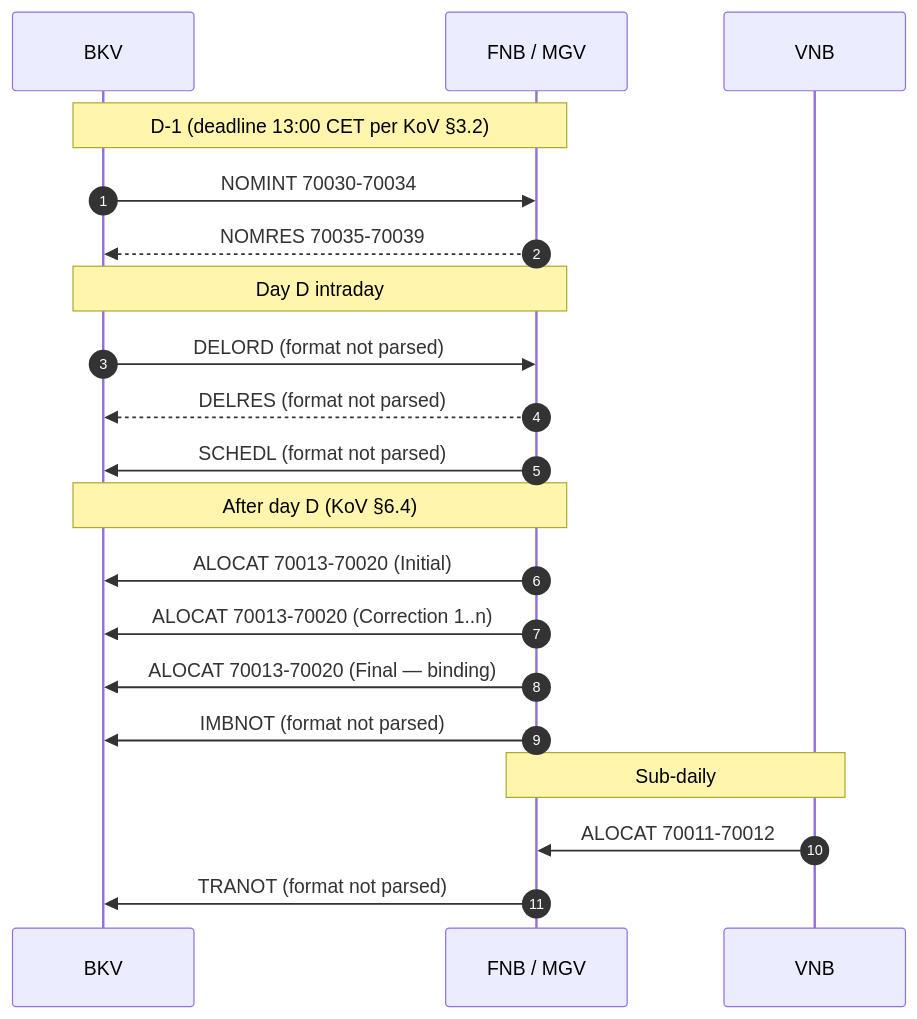
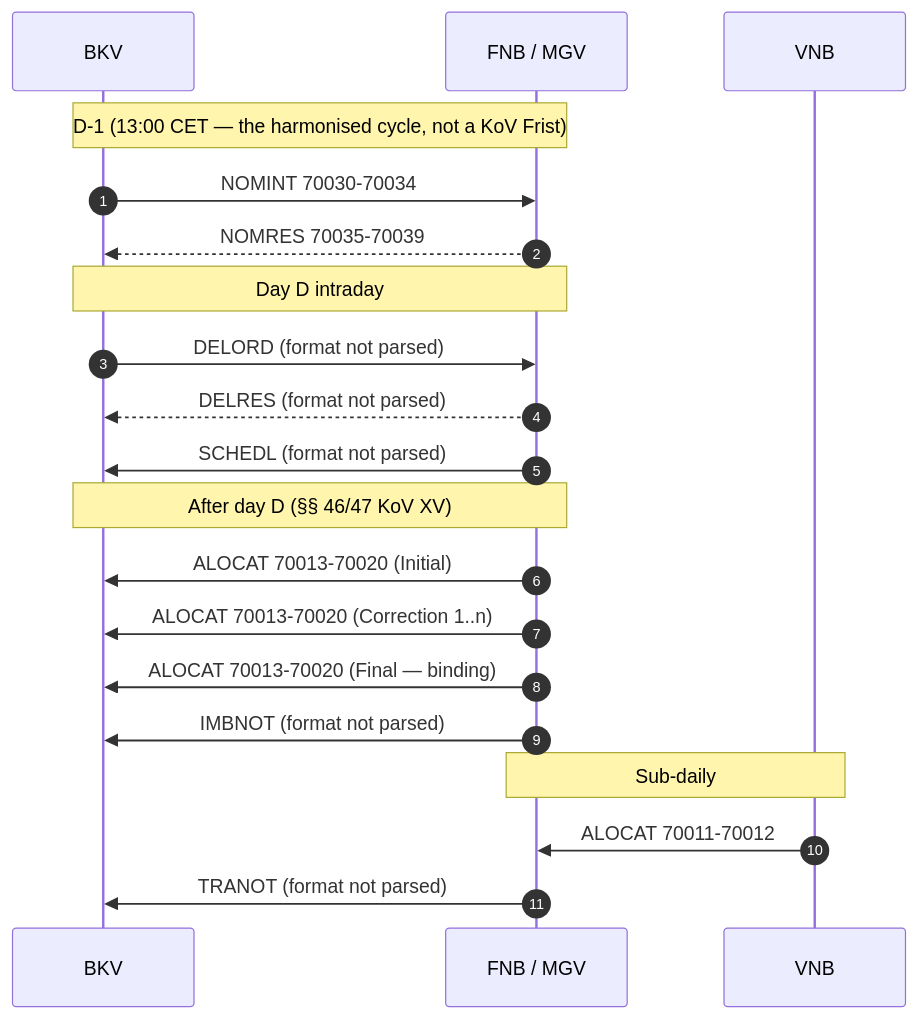
The eighth of 9 diagrams in site/content/docs/reference/processes.md (hupe1980/mako), drawn with Mermaid before and after one commit. The commit also changed other lines of this file and 135 other files, not shown here.

````diff
--- a/site/content/docs/reference/processes.md
+++ b/site/content/docs/reference/processes.md
@@ -1456,26 +1456,26 @@
 ```mermaid
 sequenceDiagram
     autonumber
     participant BKV as BKV
     participant FNB as FNB / MGV
     participant VNB as VNB
 
-    Note over BKV,FNB: D-1 (deadline 13:00 CET per KoV §3.2)
+    Note over BKV,FNB: D-1 (13:00 CET — the harmonised cycle, not a KoV Frist)
     BKV->>FNB: NOMINT 70030-70034
     FNB-->>BKV: NOMRES 70035-70039
 
     Note over BKV,FNB: Day D intraday
     BKV->>FNB: DELORD (format not parsed)
     FNB-->>BKV: DELRES (format not parsed)
     FNB->>BKV: SCHEDL (format not parsed)
 
-    Note over FNB,BKV: After day D (KoV §6.4)
+    Note over FNB,BKV: After day D (§§ 46/47 KoV XV)
     FNB->>BKV: ALOCAT 70013-70020 (Initial)
     FNB->>BKV: ALOCAT 70013-70020 (Correction 1..n)
     FNB->>BKV: ALOCAT 70013-70020 (Final — binding)
     FNB->>BKV: IMBNOT (format not parsed)
 
     Note over VNB,FNB: Sub-daily
     VNB->>FNB: ALOCAT 70011-70012
     FNB->>BKV: TRANOT (format not parsed)
 ```
````
